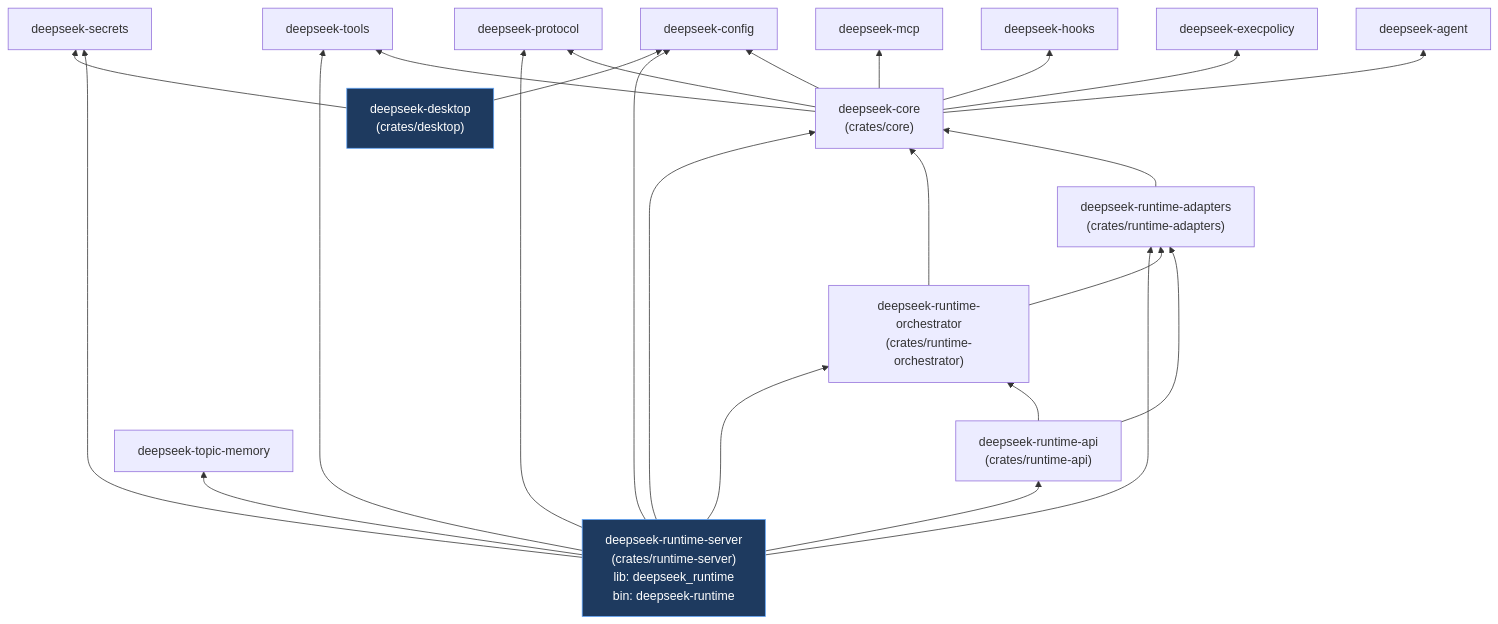
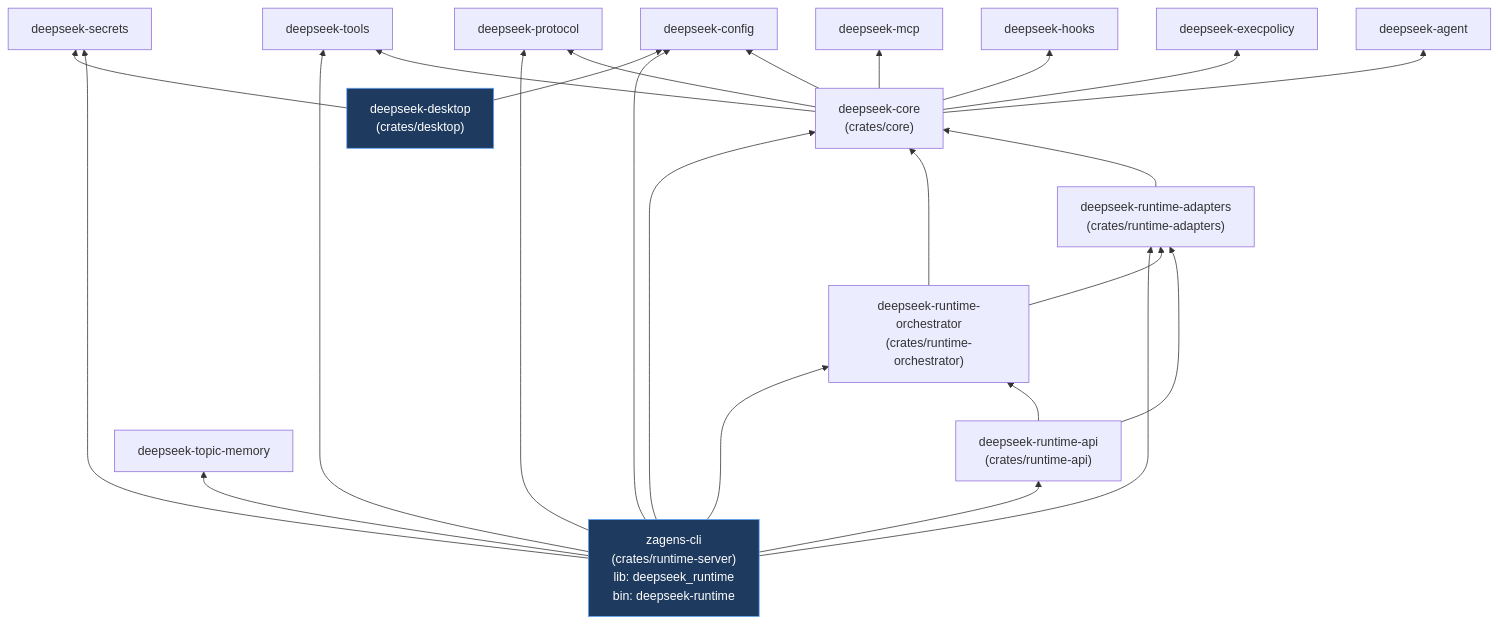
One commit to didclawapp-ai/zagens changed the fourth of 6 diagrams in docs/tech/RUNTIME_ARCHITECTURE.md. Above: the diagram before and after it, drawn with Mermaid. The commit also changed other lines of this file and 68 other files, not shown here.

First line of the commit message:
feat(cli): add headless zagens CLI and rename crate to zagens-cli

````diff
--- a/docs/tech/RUNTIME_ARCHITECTURE.md
+++ b/docs/tech/RUNTIME_ARCHITECTURE.md
@@ -337,47 +337,47 @@
 ```mermaid
 flowchart BT
     DESK["deepseek-desktop<br/>(crates/desktop)"]
-    RT["deepseek-runtime-server<br/>(crates/runtime-server)<br/>lib: deepseek_runtime<br/>bin: deepseek-runtime"]
+    RT["zagens-cli<br/>(crates/runtime-server)<br/>lib: deepseek_runtime<br/>bin: deepseek-runtime"]
     RTAPI["deepseek-runtime-api<br/>(crates/runtime-api)"]
     RTO["deepseek-runtime-orchestrator<br/>(crates/runtime-orchestrator)"]
     RTAD["deepseek-runtime-adapters<br/>(crates/runtime-adapters)"]
     CORE["deepseek-core<br/>(crates/core)"]
     TM["deepseek-topic-memory"]
     PROTO["deepseek-protocol"]
     CFG["deepseek-config"]
     SEC["deepseek-secrets"]
     TOOLS["deepseek-tools"]
     AGENT["deepseek-agent"]
     EXEC["deepseek-execpolicy"]
     HOOKS["deepseek-hooks"]
     MCP["deepseek-mcp"]
 
     DESK --> CFG
     DESK --> SEC
 
     RT --> RTAPI
     RT --> RTO
     RT --> RTAD
     RT --> CORE
     RT --> CFG
     RT --> SEC
     RT --> PROTO
     RT --> TOOLS
     RT --> TM
     RTO --> RTAD
     RTO --> CORE
     RTAPI --> RTAD
     RTAPI --> RTO
     RTAD --> CORE
 
     CORE --> AGENT
     CORE --> CFG
     CORE --> EXEC
     CORE --> HOOKS
     CORE --> MCP
     CORE --> PROTO
     CORE --> TOOLS
 
     classDef product fill:#1e3a5f,stroke:#60a5fa,color:#fff
     class DESK,RT product
 ```
````
